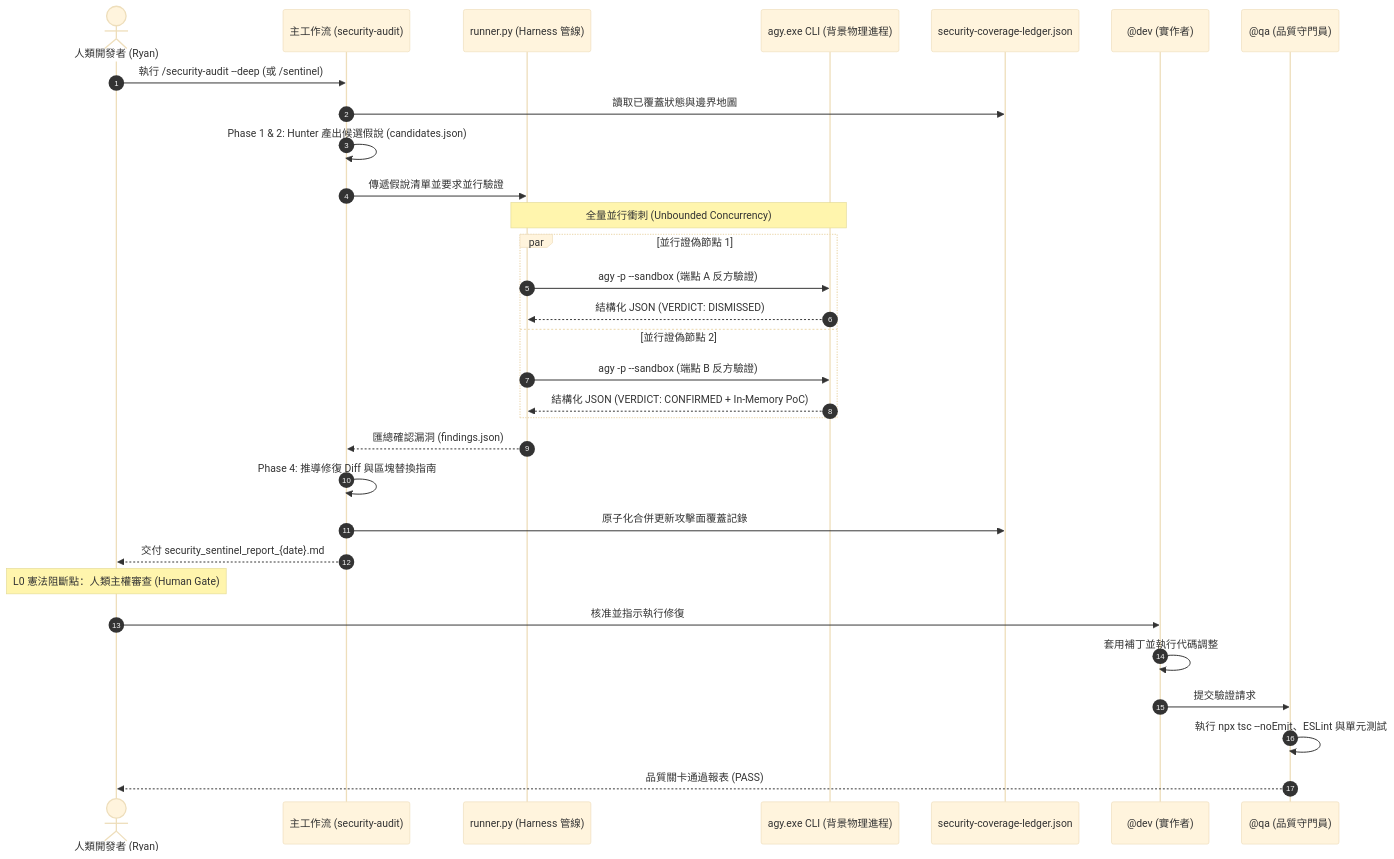
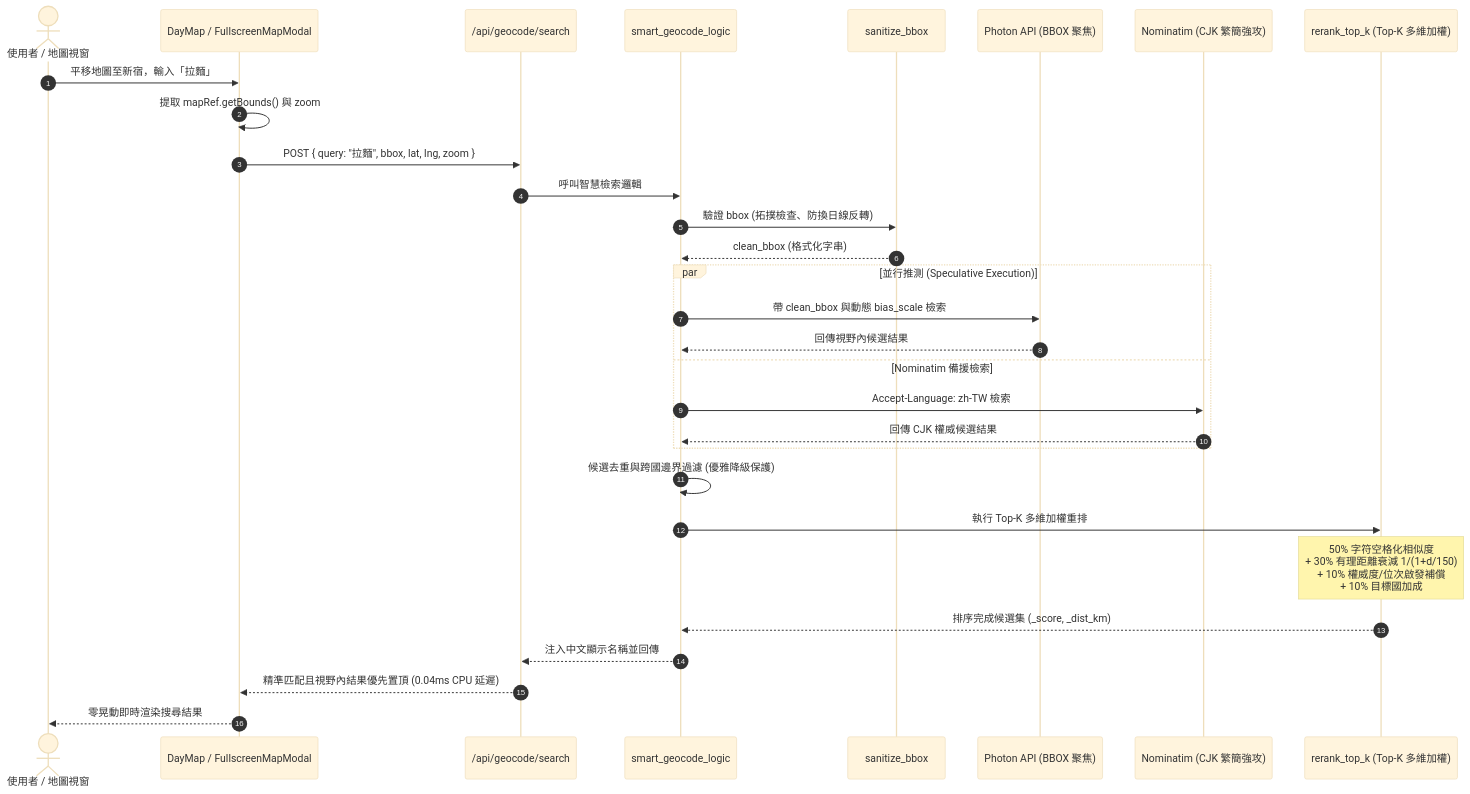
One commit to tyrantpiper/tabiji changed the diagram in docs/journals/2026-10-04-daily-report.md. Above: the diagram before and after it, drawn with Mermaid (base theme). The commit also changed other lines of this file and 1 other file, not shown here.

First line of the commit message:
docs(daily-report): update 2026-10-04 report and memory with SSE streaming and parallel geocoding

````diff
--- a/docs/journals/2026-10-04-daily-report.md
+++ b/docs/journals/2026-10-04-daily-report.md
@@ -39,37 +70,35 @@
 ```mermaid
 sequenceDiagram
     autonumber
-    actor Human as 人類開發者 (Ryan)
-    participant Sentinel as 主工作流 (security-audit)
-    participant Harness as runner.py (Harness 管線)
-    participant AgyCLI as agy.exe CLI (背景物理進程)
-    participant Ledger as security-coverage-ledger.json
-    participant Dev as @dev (實作者)
-    participant QA as @qa (品質守門員)
+    actor User as 使用者 / 地圖視窗
+    participant Map as DayMap / FullscreenMapModal
+    participant API as /api/geocode/search
+    participant Service as smart_geocode_logic
+    participant BBOXGuard as sanitize_bbox
+    participant Photon as Photon API (BBOX 聚焦)
+    participant Nominatim as Nominatim (CJK 繁簡強攻)
+    participant Rerank as rerank_top_k (Top-K 多維加權)
 
-    Human->>Sentinel: 執行 /security-audit --deep (或 /sentinel)
-    Sentinel->>Ledger: 讀取已覆蓋狀態與邊界地圖
-    Sentinel->>Sentinel: Phase 1 & 2: Hunter 產出候選假說 (candidates.json)
-    
-    Sentinel->>Harness: 傳遞假說清單並要求並行驗證
-    Note over Harness,AgyCLI: 全量並行衝刺 (Unbounded Concurrency)
-    par 並行證偽節點 1
-        Harness->>AgyCLI: agy -p --sandbox (端點 A 反方驗證)
-        AgyCLI-->>Harness: 結構化 JSON (VERDICT: DISMISSED)
-    and 並行證偽節點 2
-        Harness->>AgyCLI: agy -p --sandbox (端點 B 反方驗證)
-        AgyCLI-->>Harness: 結構化 JSON (VERDICT: CONFIRMED + In-Memory PoC)
+    User->>Map: 平移地圖至新宿，輸入「拉麵」
+    Map->>Map: 提取 mapRef.getBounds() 與 zoom
+    Map->>API: POST { query: "拉麵", bbox, lat, lng, zoom }
+    API->>Service: 呼叫智慧檢索邏輯
+    Service->>BBOXGuard: 驗證 bbox (拓撲檢查、防換日線反轉)
+    BBOXGuard-->>Service: clean_bbox (格式化字串)
+
+    par 並行推測 (Speculative Execution)
+        Service->>Photon: 帶 clean_bbox 與動態 bias_scale 檢索
+        Photon-->>Service: 回傳視野內候選結果
+    and Nominatim 備援檢索
+        Service->>Nominatim: Accept-Language: zh-TW 檢索
+        Nominatim-->>Service: 回傳 CJK 權威候選結果
     end
 
-    Harness-->>Sentinel: 匯總確認漏洞 (findings.json)
-    Sentinel->>Sentinel: Phase 4: 推導修復 Diff 與區塊替換指南
-    Sentinel->>Ledger: 原子化合併更新攻擊面覆蓋記錄
-    Sentinel-->>Human: 交付 security_sentinel_report_{date}.md
-
-    Note over Human: L0 憲法阻斷點：人類主權審查 (Human Gate)
-    Human->>Dev: 核准並指示執行修復
-    Dev->>Dev: 套用補丁並執行代碼調整
-    Dev->>QA: 提交驗證請求
-    QA->>QA: 執行 npx tsc --noEmit、ESLint 與單元測試
-    QA-->>Human: 品質關卡通過報表 (PASS)
+    Service->>Service: 候選去重與跨國邊界過濾 (優雅降級保護)
+    Service->>Rerank: 執行 Top-K 多維加權重排
+    Note over Rerank: 50% 字符空格化相似度<br/>+ 30% 有理距離衰減 1/(1+d/150)<br/>+ 10% 權威度/位次啟發補償<br/>+ 10% 目標國加成
+    Rerank-->>Service: 排序完成候選集 (_score, _dist_km)
+    Service-->>API: 注入中文顯示名稱並回傳
+    API-->>Map: 精準匹配且視野內結果優先置頂 (0.04ms CPU 延遲)
+    Map-->>User: 零晃動即時渲染搜尋結果
 ```
````
